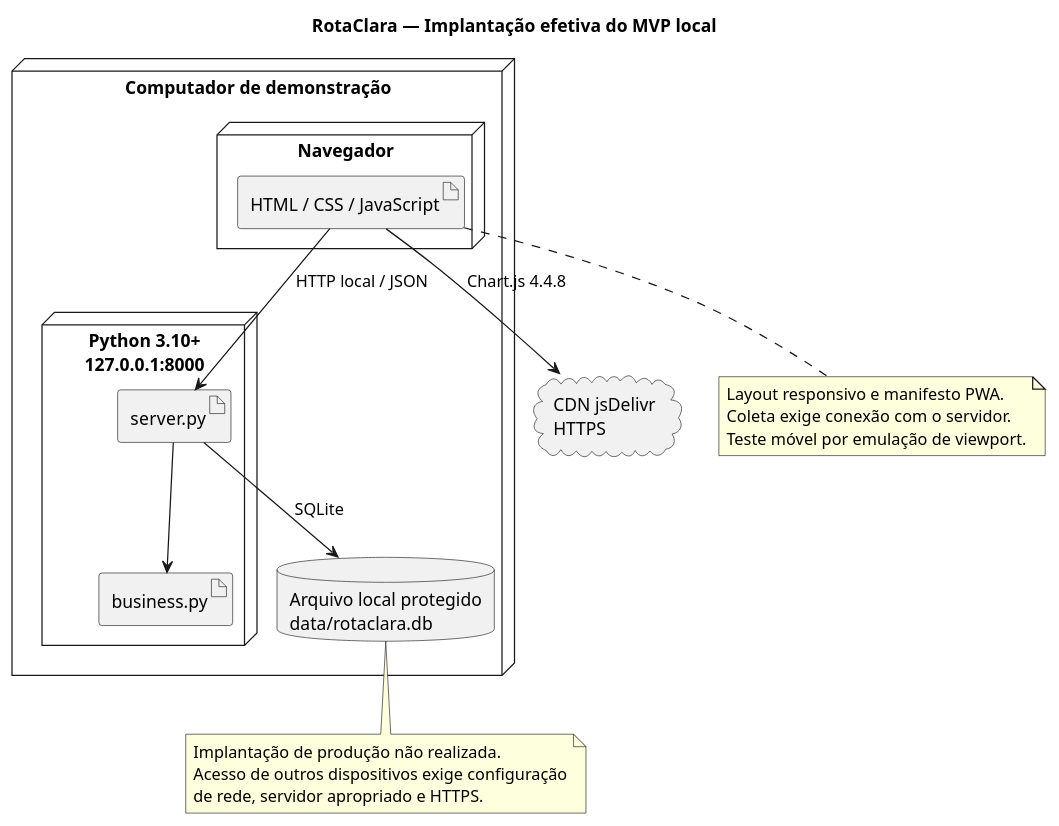
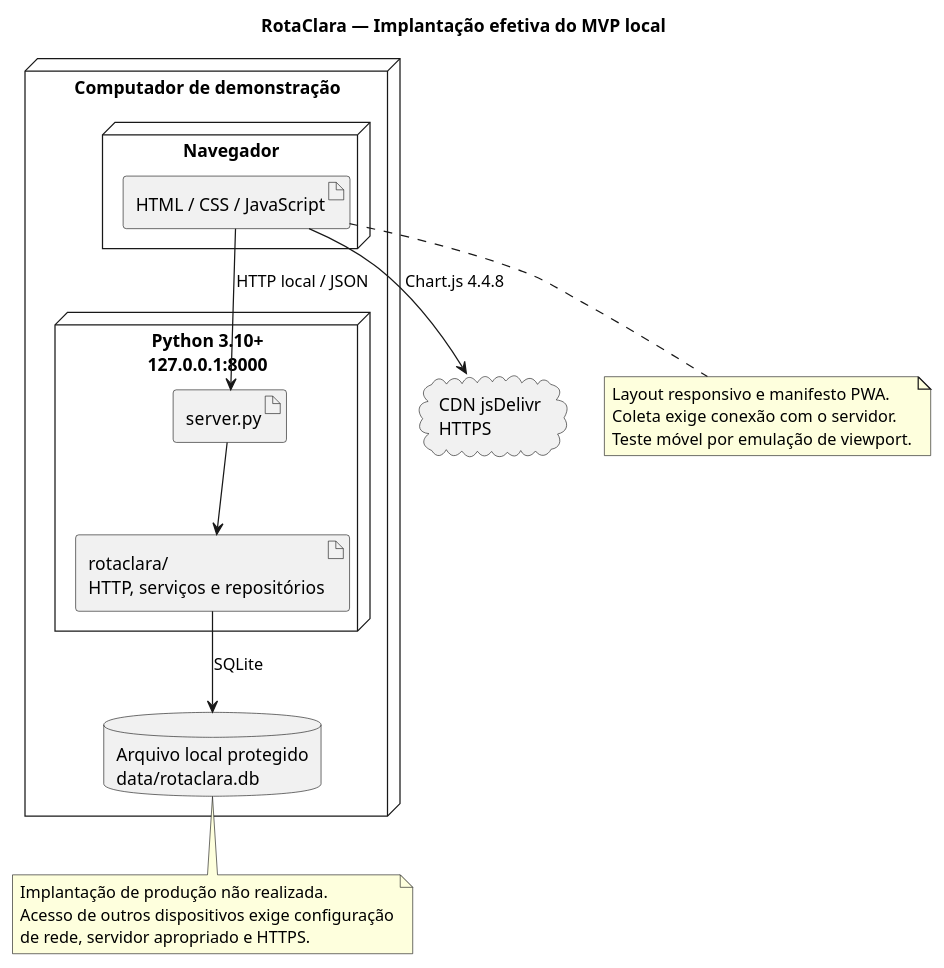
Before and after one commit to heitor582/rotaclara: the diagram in docs/diagramas/implantacao.puml, drawn with PlantUML. The commit also changed 62 other files, not shown here.

```diff
--- a/docs/diagramas/implantacao.puml
+++ b/docs/diagramas/implantacao.puml
@@ -1,28 +1,28 @@
 @startuml
 title RotaClara — Implantação efetiva do MVP local
 node "Computador de demonstração" {
  node "Navegador" {
   artifact "HTML / CSS / JavaScript" as WEB
  }
  node "Python 3.10+\n127.0.0.1:8000" {
   artifact "server.py" as S
-  artifact "business.py" as B
+  artifact "rotaclara/\nHTTP, serviços e repositórios" as B
  }
  database "Arquivo local protegido\ndata/rotaclara.db" as DB
 }
 cloud "CDN jsDelivr\nHTTPS" as CDN
 WEB --> S : HTTP local / JSON
 WEB --> CDN : Chart.js 4.4.8
 S --> B
-S --> DB : SQLite
+B --> DB : SQLite
 note bottom of WEB
   Layout responsivo e manifesto PWA.
   Coleta exige conexão com o servidor.
   Teste móvel por emulação de viewport.
 end note
 note bottom of DB
   Implantação de produção não realizada.
   Acesso de outros dispositivos exige configuração
   de rede, servidor apropriado e HTTPS.
 end note
 @enduml
```
